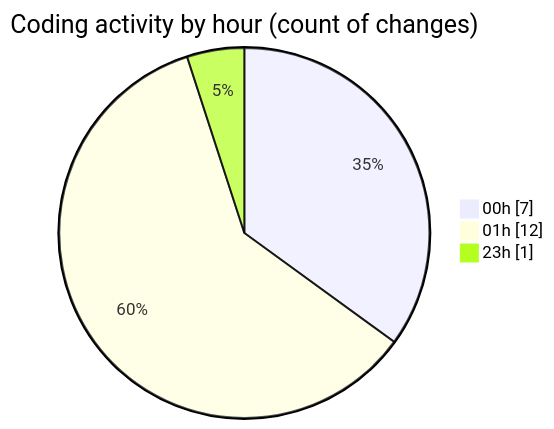
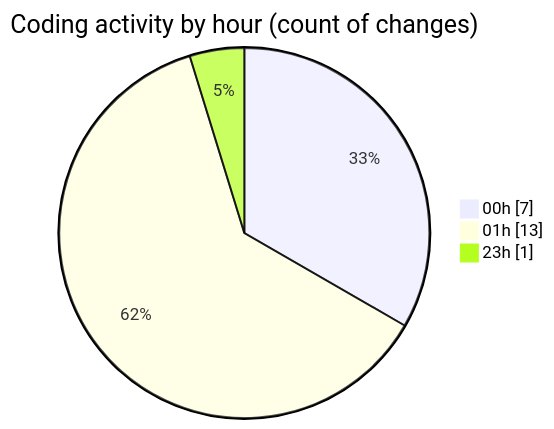
One commit to EIIisD/code-tracking changed the second of 2 diagrams in 2025-07-11/fish/README.md. Above: the diagram before and after it, drawn with Mermaid. The commit also changed other lines of this file and 1 other file, not shown here.

````diff
--- a/2025-07-11/fish/README.md
+++ b/2025-07-11/fish/README.md
@@ -33,7 +33,7 @@
 ```mermaid
 pie showData
 title Coding activity by hour (count of changes)
 "00h" : 7
-"01h" : 12
+"01h" : 13
 "23h" : 1
 ```
````
